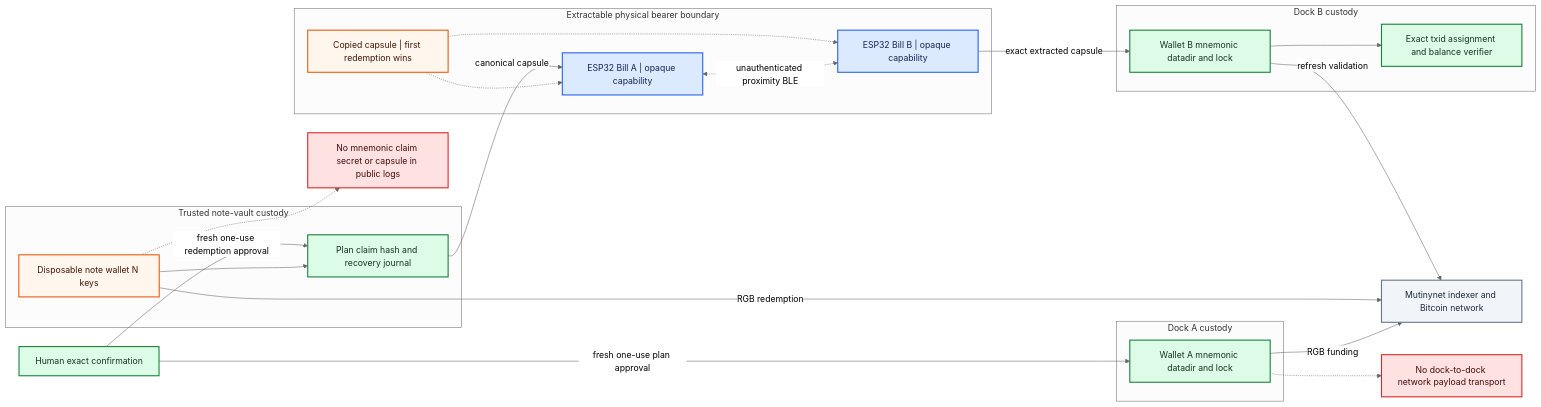
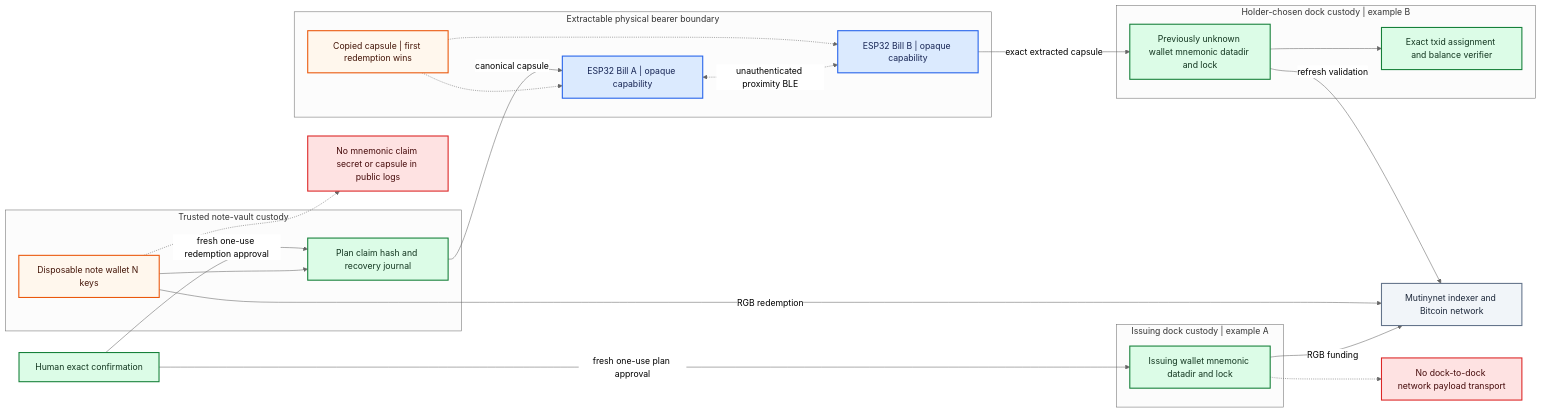
Before and after one commit to EdwinKestler/bill: the diagram in docs/diagrams/src/08-trust-boundaries.mmd, drawn with Mermaid (neutral theme). The commit also changed 47 other files, not shown here.

Commit message:
Ship offline RGB bearer-note web flow

```diff
--- a/docs/diagrams/src/08-trust-boundaries.mmd
+++ b/docs/diagrams/src/08-trust-boundaries.mmd
@@ -1,47 +1,47 @@
 flowchart LR
     classDef trusted fill:#dcfce7,stroke:#16803a,color:#12351f,stroke-width:2px
     classDef device fill:#dbeafe,stroke:#2563eb,color:#172554,stroke-width:2px
     classDef external fill:#f1f5f9,stroke:#64748b,color:#1e293b,stroke-width:2px
     classDef warning fill:#fff7ed,stroke:#ea580c,color:#431407,stroke-width:2px
     classDef denied fill:#fee2e2,stroke:#dc2626,color:#450a0a,stroke-width:2px
 
     human["Human exact confirmation"]:::trusted
 
-    subgraph custodyA["Dock A custody"]
-        walletA["Wallet A mnemonic datadir and lock"]:::trusted
+    subgraph custodyA["Issuing dock custody | example A"]
+        walletA["Issuing wallet mnemonic datadir and lock"]:::trusted
     end
 
     subgraph vaultBoundary["Trusted note-vault custody"]
         noteN["Disposable note wallet N keys"]:::warning
         journal["Plan claim hash and recovery journal"]:::trusted
         noteN --> journal
     end
 
     subgraph physical["Extractable physical bearer boundary"]
         billA["ESP32 Bill A | opaque capability"]:::device
         billB["ESP32 Bill B | opaque capability"]:::device
         copyRisk["Copied capsule | first redemption wins"]:::warning
         billA <-.->|"unauthenticated proximity BLE"| billB
         copyRisk -.-> billA
         copyRisk -.-> billB
     end
 
-    subgraph custodyB["Dock B custody"]
-        walletB["Wallet B mnemonic datadir and lock"]:::trusted
+    subgraph custodyB["Holder-chosen dock custody | example B"]
+        walletB["Previously unknown wallet mnemonic datadir and lock"]:::trusted
         verifier["Exact txid assignment and balance verifier"]:::trusted
         walletB --> verifier
     end
 
     chain["Mutinynet indexer and Bitcoin network"]:::external
     wifiDenied["No dock-to-dock network payload transport"]:::denied
     secretDenied["No mnemonic claim secret or capsule in public logs"]:::denied
 
     human -->|"fresh one-use plan approval"| walletA
     human -->|"fresh one-use redemption approval"| journal
     walletA -->|"RGB funding"| chain
     noteN -->|"RGB redemption"| chain
     walletB -->|"refresh validation"| chain
     journal -->|"canonical capsule"| billA
     billB -->|"exact extracted capsule"| walletB
     walletA -.-> wifiDenied
     noteN -.-> secretDenied
```
